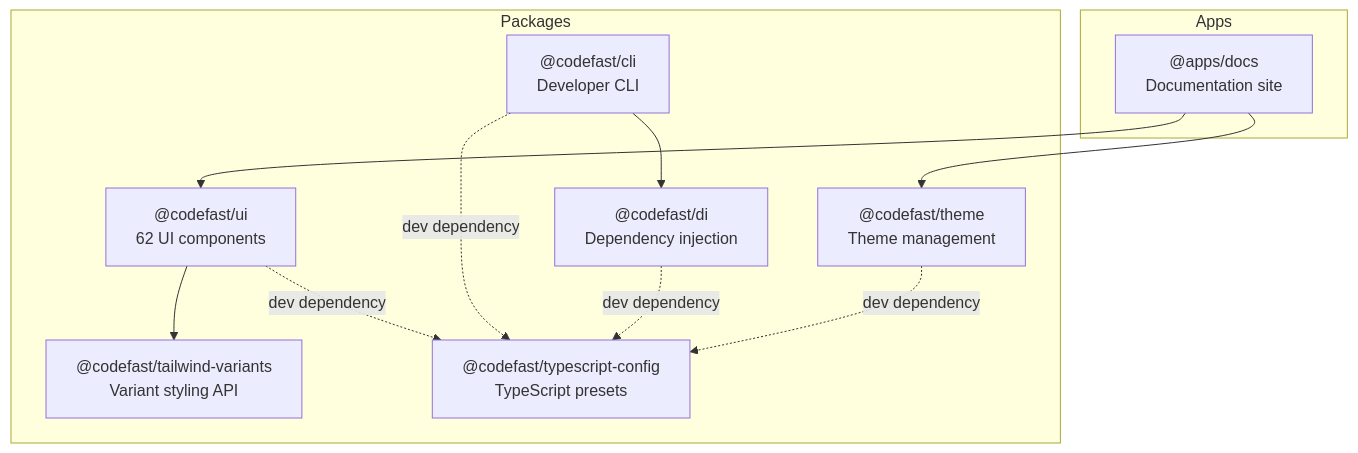
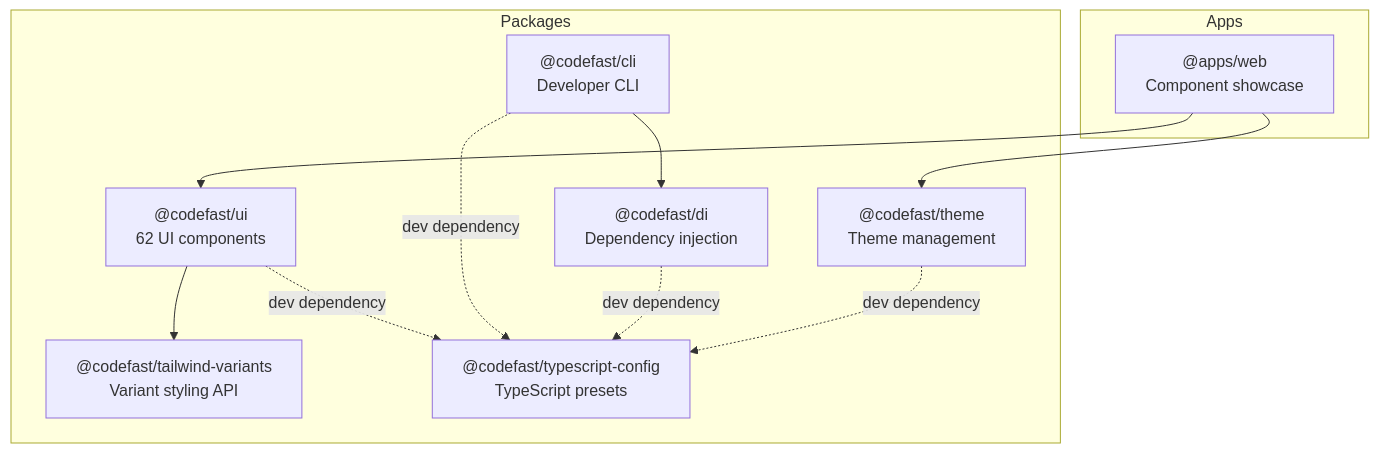
One commit to codefastlabs/codefast changed the diagram in README.md. Above: the diagram before and after it, drawn with Mermaid. The commit also changed other lines of this file and 49 other files, not shown here.

First line of the commit message:
feat(web): add component demo examples and refactor showcase

````diff
--- a/README.md
+++ b/README.md
@@ -69,24 +69,24 @@
 ```mermaid
 graph TD
   subgraph apps [Apps]
-    Docs["@apps/docs<br/>Documentation site"]
+    Web["@apps/web<br/>Component showcase"]
   end
 
   subgraph packages [Packages]
     UI["@codefast/ui<br/>62 UI components"]
     TV["@codefast/tailwind-variants<br/>Variant styling API"]
     Theme["@codefast/theme<br/>Theme management"]
     DI["@codefast/di<br/>Dependency injection"]
     CLI["@codefast/cli<br/>Developer CLI"]
     TSConfig["@codefast/typescript-config<br/>TypeScript presets"]
   end
 
-  Docs --> UI
-  Docs --> Theme
+  Web --> UI
+  Web --> Theme
   UI --> TV
   CLI --> DI
   UI -.->|dev dependency| TSConfig
   CLI -.->|dev dependency| TSConfig
   DI -.->|dev dependency| TSConfig
   Theme -.->|dev dependency| TSConfig
 ```
````
